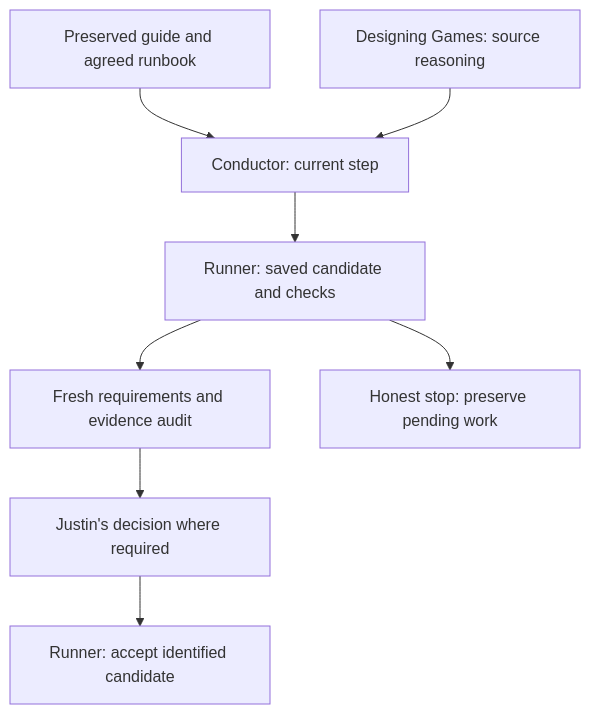
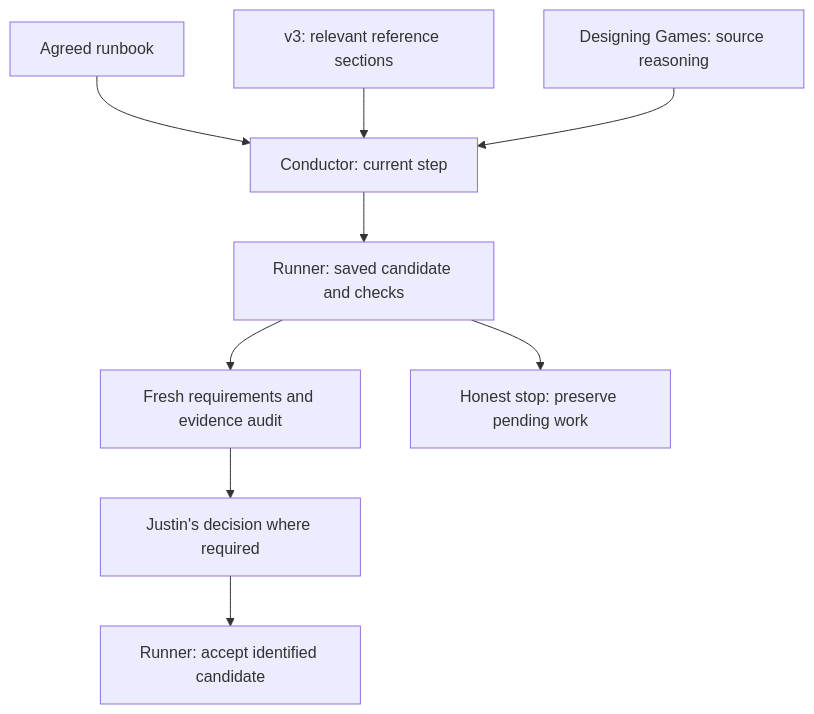
Before and after one commit to darthreckoner/Game_Dev_Template: the diagram in docs/process/GAME_WORKFLOW.md, drawn with Mermaid. The commit also changed other lines of this file and 3 other files, not shown here.

Commit message:
Route conductor to relevant v3 reference sections

````diff
--- a/docs/process/GAME_WORKFLOW.md
+++ b/docs/process/GAME_WORKFLOW.md
@@ -19,10 +82,11 @@
 ```mermaid
 flowchart TD
-  G[Preserved guide and agreed runbook] --> C[Conductor: current step]
+  G[Agreed runbook] --> C[Conductor: current step]
+  V3[v3: relevant reference sections] --> C
   P[Designing Games: source reasoning] --> C
   C --> V[Runner: saved candidate and checks]
   V --> R[Fresh requirements and evidence audit]
   R --> H[Justin's decision where required]
   H --> A[Runner: accept identified candidate]
   V --> S[Honest stop: preserve pending work]
 ```
````
